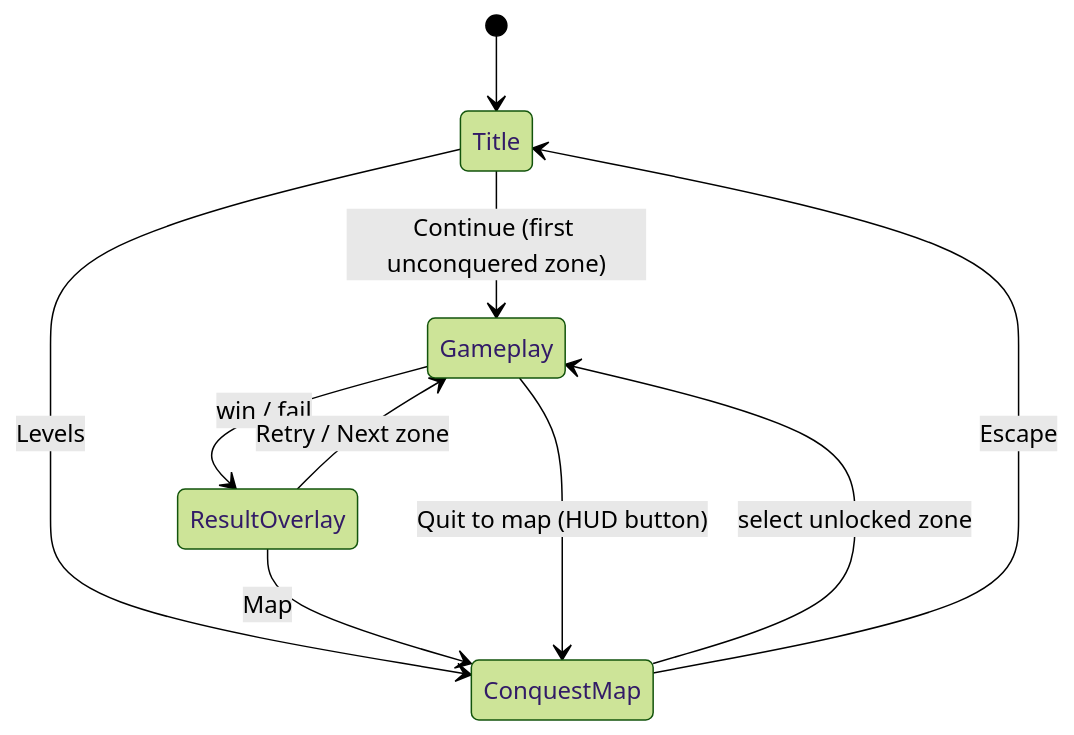
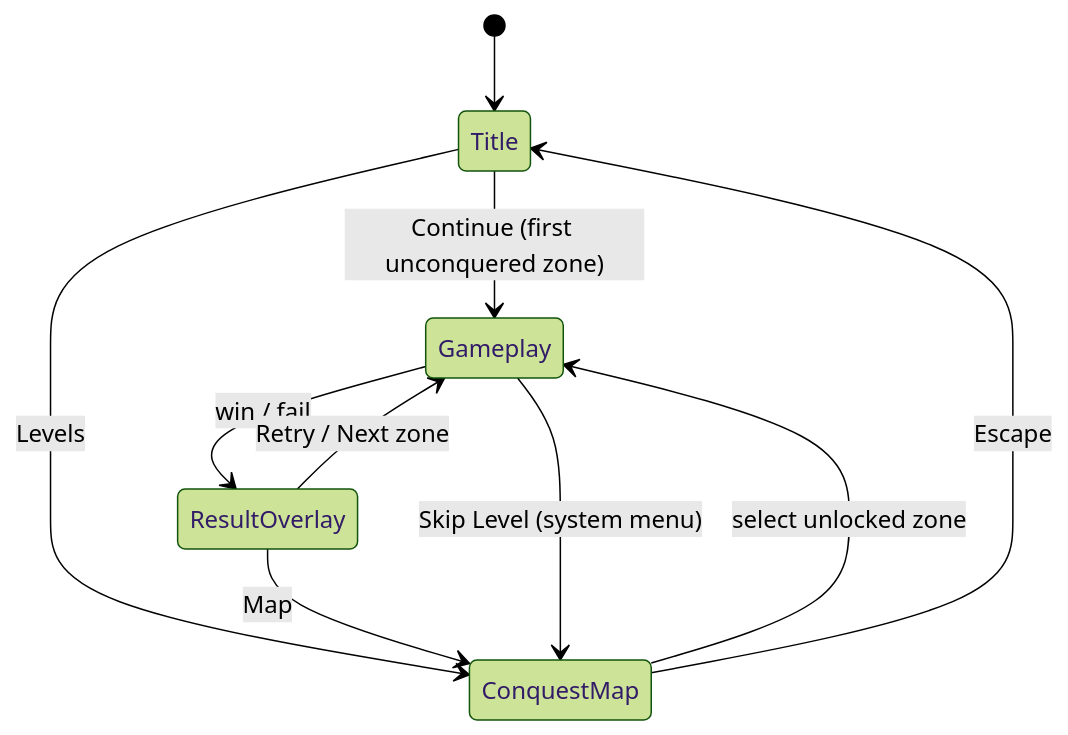
The diagram in SPEC.md (jjang20/catapult-glass), drawn with Mermaid (forest theme) before and after one commit. The commit also changed other lines of this file and 1 other file, not shown here.

````diff
--- a/SPEC.md
+++ b/SPEC.md
@@ -222,12 +222,12 @@
 ```mermaid
 stateDiagram-v2
     [*] --> Title
     Title --> Gameplay : Continue (first unconquered zone)
     Title --> ConquestMap : Levels
     ConquestMap --> Gameplay : select unlocked zone
     Gameplay --> ResultOverlay : win / fail
     ResultOverlay --> Gameplay : Retry / Next zone
     ResultOverlay --> ConquestMap : Map
-    Gameplay --> ConquestMap : Quit to map (HUD button)
+    Gameplay --> ConquestMap : Skip Level (system menu)
     ConquestMap --> Title : Escape
 ```
````
